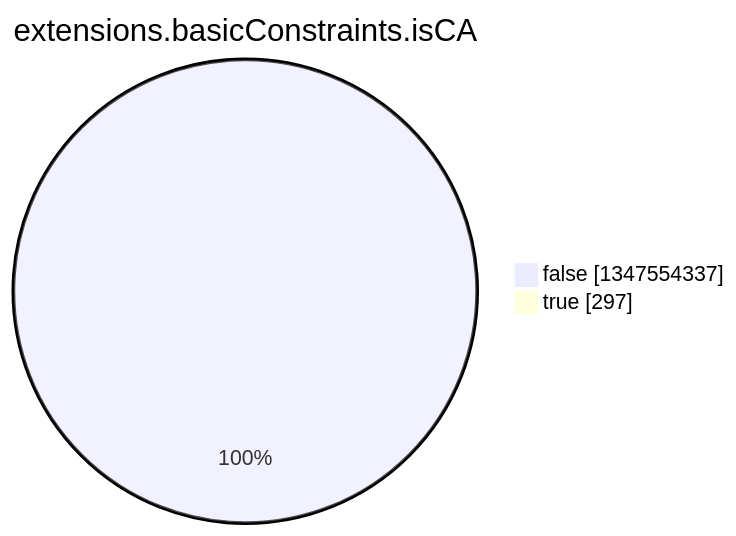
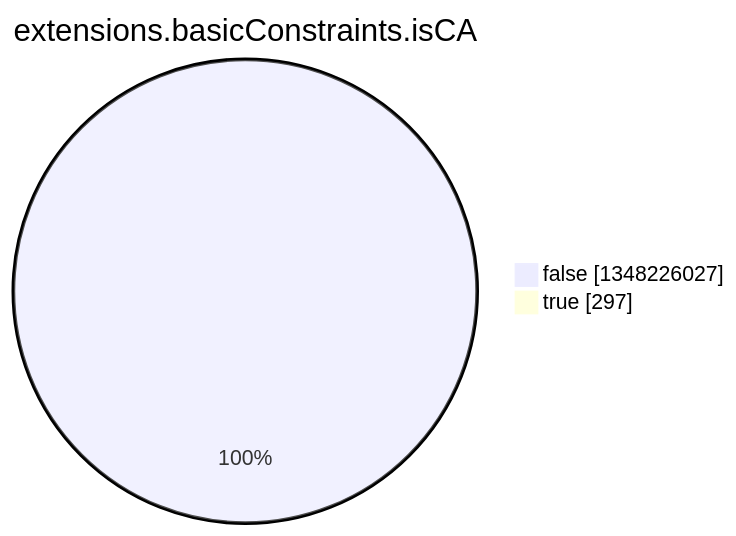
One commit to christiankrug/ctmonitor_visualization changed the eighth of 15 diagrams in argon2022/README.md. Above: the diagram before and after it, drawn with Mermaid. The commit also changed other lines of this file, not shown here.

````diff
--- a/argon2022/README.md
+++ b/argon2022/README.md
@@ -2758,6 +2758,6 @@
 ```mermaid
 pie showData
 title extensions.basicConstraints.isCA
-"false" :1347554337
+"false" :1348226027
 "true" :297
 ```
````
